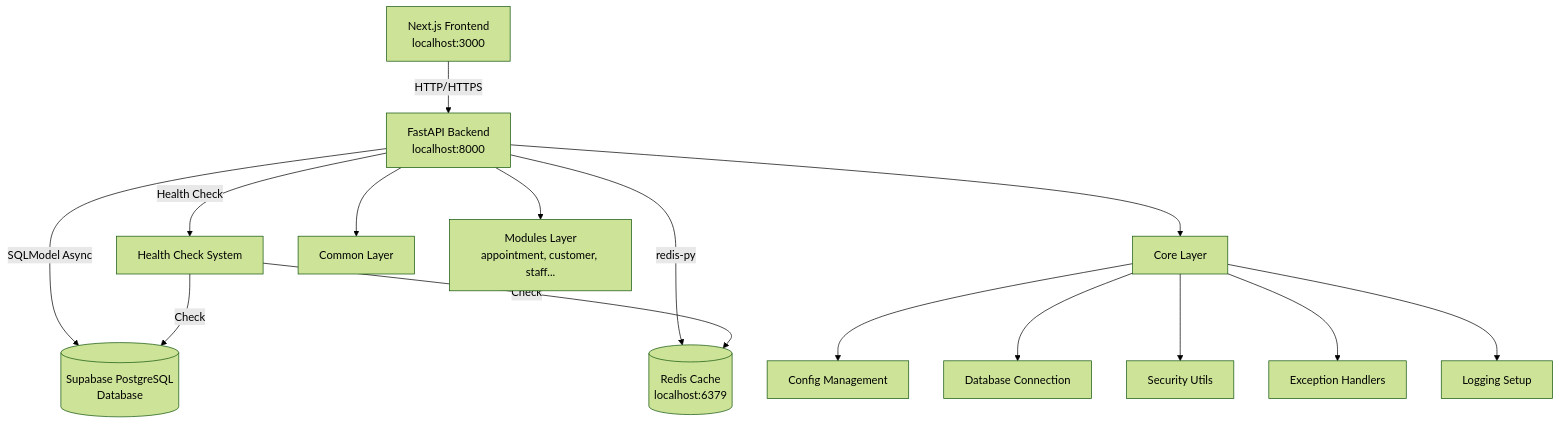
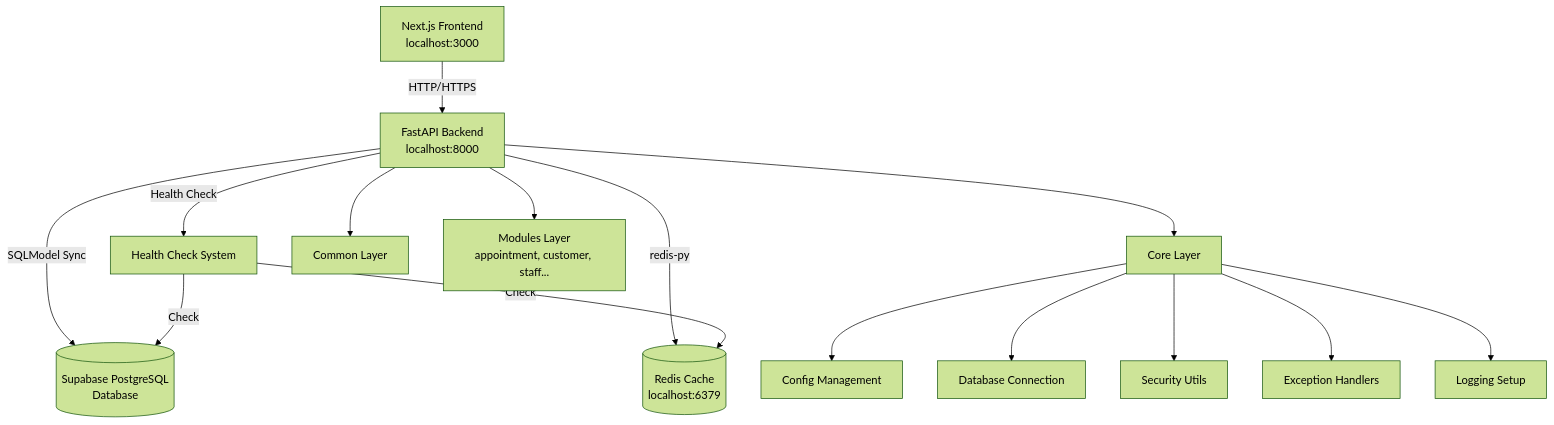
Before and after one commit to ngoctinn/zenspa-platform: the first of 3 diagrams in docs/ai/design/feature-backend-foundation.md, drawn with Mermaid (forest theme). The commit also changed other lines of this file, not shown here.

````diff
--- a/docs/ai/design/feature-backend-foundation.md
+++ b/docs/ai/design/feature-backend-foundation.md
@@ -16,19 +16,19 @@
 ```mermaid
 graph TD
     Client[Next.js Frontend<br/>localhost:3000] -->|HTTP/HTTPS| FastAPI[FastAPI Backend<br/>localhost:8000]
-    FastAPI -->|SQLModel Async| Supabase[(Supabase PostgreSQL<br/>Database)]
+    FastAPI -->|SQLModel Sync| Supabase[(Supabase PostgreSQL<br/>Database)]
     FastAPI -->|redis-py| Redis[(Redis Cache<br/>localhost:6379)]
     FastAPI -->|Health Check| HealthMonitor[Health Check System]
     HealthMonitor -->|Check| Supabase
     HealthMonitor -->|Check| Redis
 
     FastAPI --> CoreLayer[Core Layer]
     FastAPI --> CommonLayer[Common Layer]
     FastAPI --> ModulesLayer[Modules Layer<br/>appointment, customer, staff...]
 
     CoreLayer --> Config[Config Management]
     CoreLayer --> Database[Database Connection]
     CoreLayer --> Security[Security Utils]
     CoreLayer --> Exceptions[Exception Handlers]
     CoreLayer --> Logging[Logging Setup]
 ```
````
